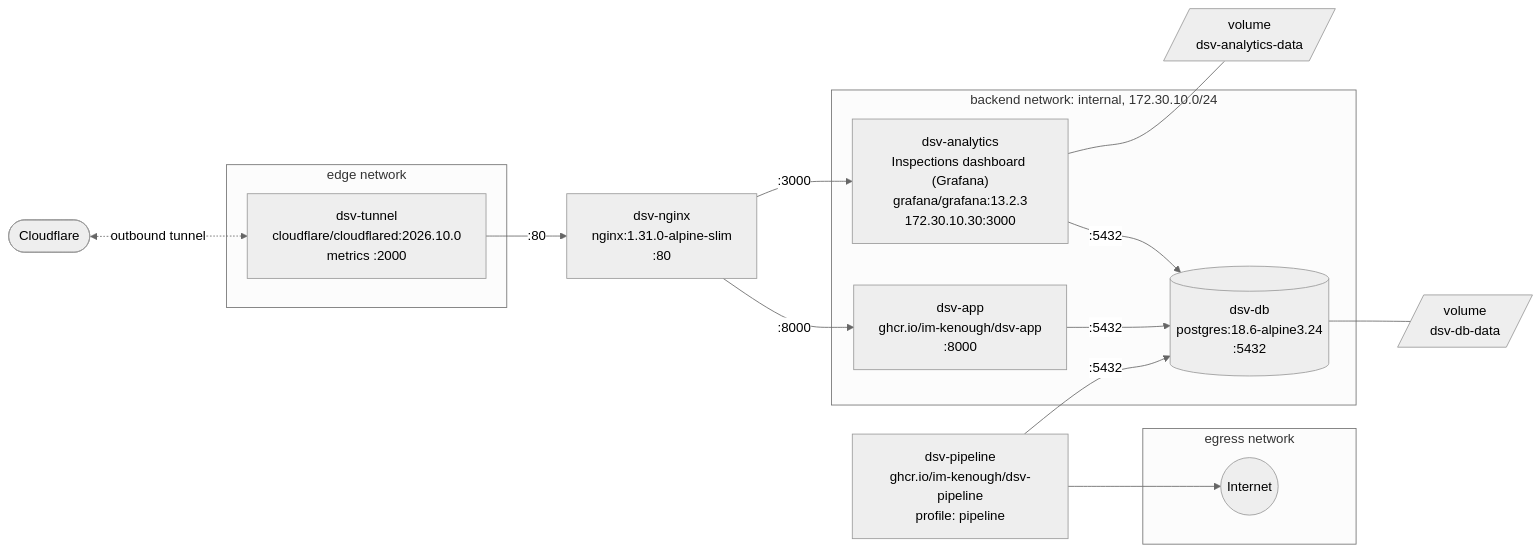
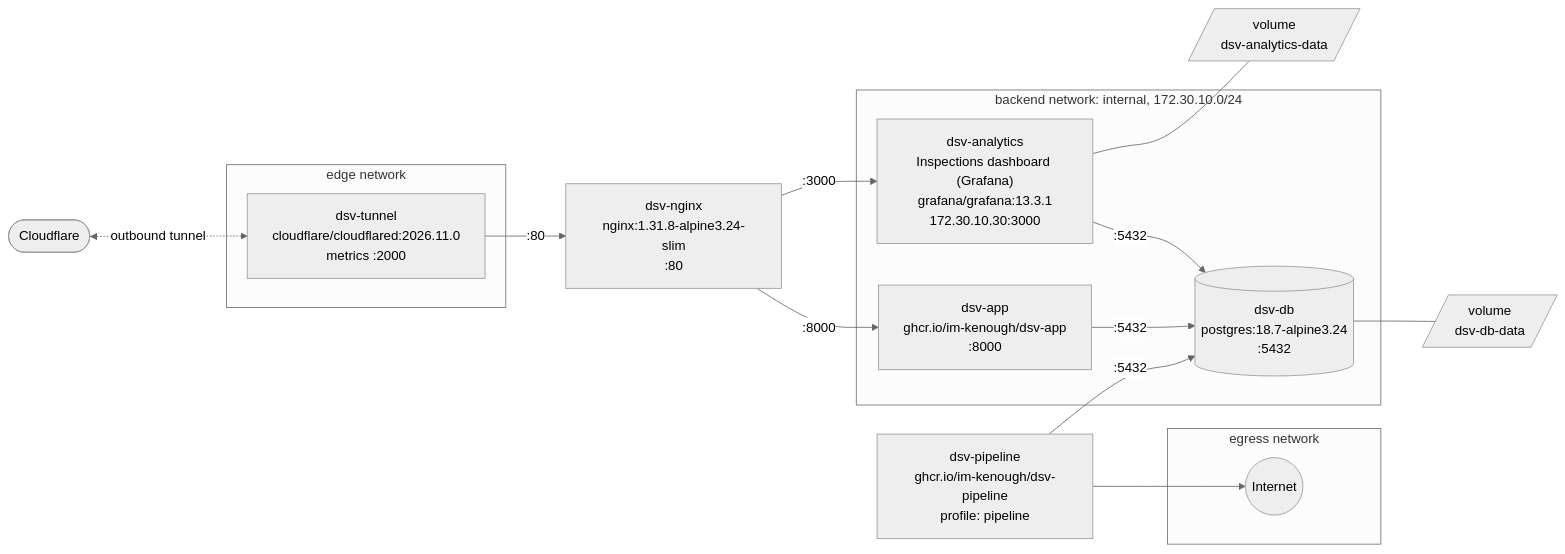
The second of 2 diagrams in docs-new/ref/2-app-architecture.md (im-kenough/DineSafeViz), drawn with Mermaid (neutral theme) before and after one commit. The commit also changed 7 other files, not shown here.

````diff
--- a/docs-new/ref/2-app-architecture.md
+++ b/docs-new/ref/2-app-architecture.md
@@ -67,35 +67,35 @@
 ```mermaid
 flowchart LR
     cf([Cloudflare]) <-. "outbound tunnel" .-> tunnel
 
     subgraph edge["edge network"]
-        tunnel["dsv-tunnel<br/>cloudflare/cloudflared:2026.10.0<br/>metrics :2000"]
+        tunnel["dsv-tunnel<br/>cloudflare/cloudflared:2026.11.0<br/>metrics :2000"]
     end
 
-    nginx["dsv-nginx<br/>nginx:1.31.0-alpine-slim<br/>:80"]
+    nginx["dsv-nginx<br/>nginx:1.31.8-alpine3.24-slim<br/>:80"]
 
     subgraph backend["backend network: internal, 172.30.10.0/24"]
         app["dsv-app<br/>ghcr.io/im-kenough/dsv-app<br/>:8000"]
-        analytics["dsv-analytics<br/>Inspections dashboard (Grafana)<br/>grafana/grafana:13.2.3<br/>172.30.10.30:3000"]
-        db[("dsv-db<br/>postgres:18.6-alpine3.24<br/>:5432")]
+        analytics["dsv-analytics<br/>Inspections dashboard (Grafana)<br/>grafana/grafana:13.3.1<br/>172.30.10.30:3000"]
+        db[("dsv-db<br/>postgres:18.7-alpine3.24<br/>:5432")]
     end
 
     pipeline["dsv-pipeline<br/>ghcr.io/im-kenough/dsv-pipeline<br/>profile: pipeline"]
 
     subgraph egress["egress network"]
         internet((Internet))
     end
 
     dbvol[/"volume<br/>dsv-db-data"/]
     gvol[/"volume<br/>dsv-analytics-data"/]
 
     tunnel -- ":80" --> nginx
     nginx -- ":8000" --> app
     nginx -- ":3000" --> analytics
     app -- ":5432" --> db
     analytics -- ":5432" --> db
     pipeline -- ":5432" --> db
     pipeline --> internet
     db --- dbvol
     analytics --- gvol
 ```
````
